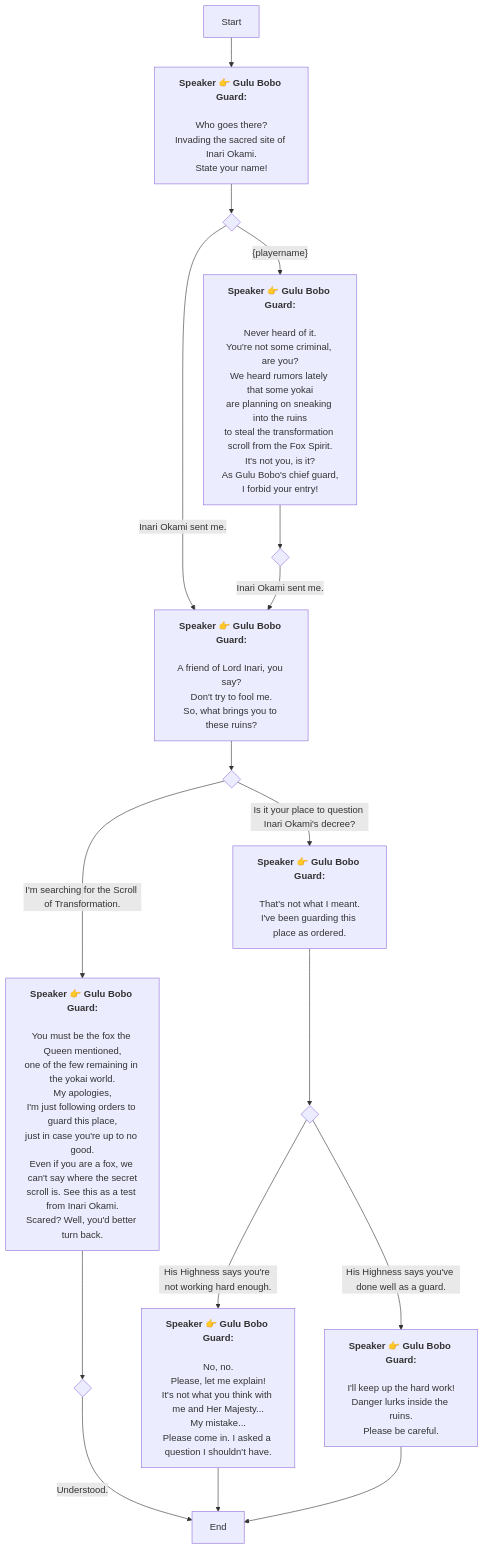
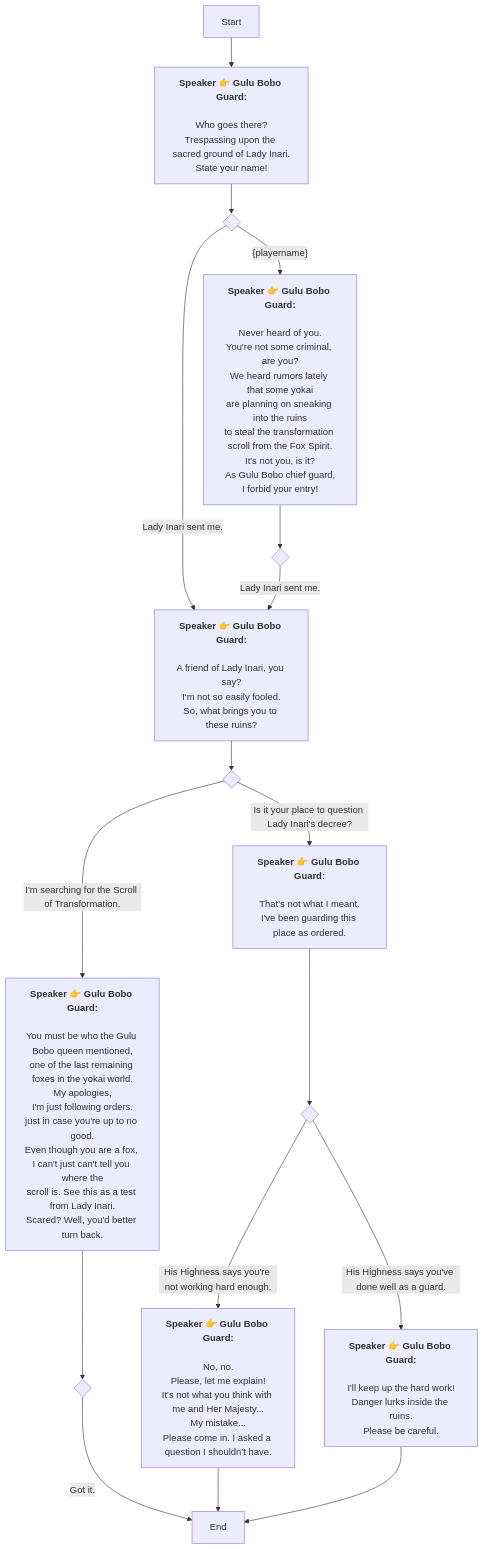
Before and after one commit to SoftHu/tos_avg: the diagram in En/4_4_3_chat.md, drawn with Mermaid. The commit also changed 312 other files, not shown here.

````diff
--- a/En/4_4_3_chat.md
+++ b/En/4_4_3_chat.md
@@ -1,63 +1,63 @@
 ```mermaid
 graph
 Start -->1750848156954962[<b>Speaker 👉 Gulu Bobo Guard:</b>
 
 Who goes there?
-Invading the sacred site of Inari Okami.
+Trespassing upon the sacred ground of Lady Inari.
 State your name!]
 1750848156954962 -->1750853024405010{ }
-1750853024405010 -->|Inari Okami sent me.|1750853271600663[<b>Speaker 👉 Gulu Bobo Guard:</b>
+1750853024405010 -->|Lady Inari sent me.|1750853271600663[<b>Speaker 👉 Gulu Bobo Guard:</b>
 
-A friend of Lord Inari, you say?
-Don't try to fool me.
+A friend of Lady Inari, you say?
+I'm not so easily fooled.
 So, what brings you to these ruins?]
 1750853024405010 -->|&lbrace;playername&rbrace;|1750853393863193[<b>Speaker 👉 Gulu Bobo Guard:</b>
 
-Never heard of it.
+Never heard of you.
 You're not some criminal, are you?
 We heard rumors lately that some yokai
 are planning on sneaking into the ruins
 to steal the transformation scroll from the Fox Spirit.
 It's not you, is it?
-As Gulu Bobo's chief guard,
+As Gulu Bobo chief guard,
 I forbid your entry!]
 1750853271600663 -->1750854039095837{ }
 1750854039095837 -->|I'm searching for the Scroll of Transformation.|1750854219493922[<b>Speaker 👉 Gulu Bobo Guard:</b>
 
-You must be the fox the Queen mentioned,
-one of the few remaining in the yokai world.
+You must be who the Gulu Bobo queen mentioned,
+one of the last remaining foxes in the yokai world.
 My apologies,
-I'm just following orders to guard this place,
+I'm just following orders.
 just in case you're up to no good.
-Even if you are a fox, we can't say where the secret
-scroll is. See this as a test from Inari Okami.
+Even though you are a fox, I can't just can't tell you where the
+scroll is. See this as a test from Lady Inari.
 Scared? Well, you'd better turn back.]
-1750854039095837 -->|Is it your place to question Inari Okami's decree?|1750854225186339[<b>Speaker 👉 Gulu Bobo Guard:</b>
+1750854039095837 -->|Is it your place to question Lady Inari's decree?|1750854225186339[<b>Speaker 👉 Gulu Bobo Guard:</b>
 
 That's not what I meant.
 I've been guarding this place as ordered.]
 1750854219493922 -->1750853389547032{ }
-1750853389547032 -->|Understood.|1750848158538067[End]
+1750853389547032 -->|Got it.|1750848158538067[End]
 1750854225186339 -->1750854290517540{ }
 1750854290517540 -->|His Highness says you're not working hard enough.|1750854340736553[<b>Speaker 👉 Gulu Bobo Guard:</b>
 
 No, no.
 Please, let me explain!
 It's not what you think with me and Her Majesty...
 My mistake...
 Please come in. I asked a question I shouldn't have.]
 1750854290517540 -->|His Highness says you've done well as a guard.|1750854417801770[<b>Speaker 👉 Gulu Bobo Guard:</b>
 
 I'll keep up the hard work!
 Danger lurks inside the ruins.
 Please be careful.]
 1750854340736553 -->1750848158538067[End]
 1750854417801770 -->1750848158538067[End]
 1750853393863193 -->1750853997360666{ }
-1750853997360666 -->|Inari Okami sent me.|1750853271600663[<b>Speaker 👉 Gulu Bobo Guard:</b>
+1750853997360666 -->|Lady Inari sent me.|1750853271600663[<b>Speaker 👉 Gulu Bobo Guard:</b>
 
-A friend of Lord Inari, you say?
-Don't try to fool me.
+A friend of Lady Inari, you say?
+I'm not so easily fooled.
 So, what brings you to these ruins?]
 
  ```
````
